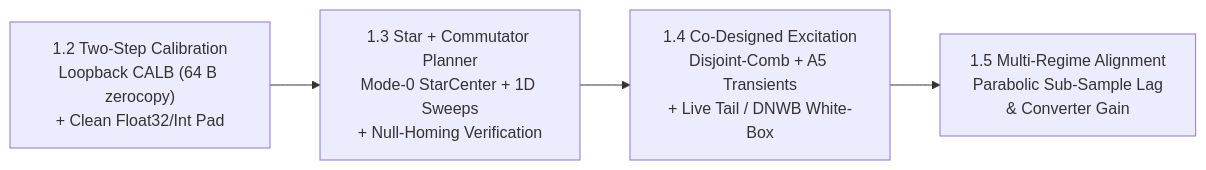
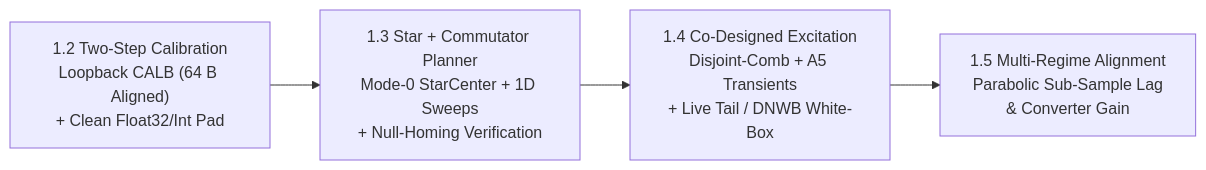
One commit to mokugen/dnam changed the diagram in docs/specs/training/capture_and_alignment.md. Above: the diagram before and after it, drawn with Mermaid. The commit also changed other lines of this file and 198 other files, not shown here.

````diff
--- a/docs/specs/training/capture_and_alignment.md
+++ b/docs/specs/training/capture_and_alignment.md
@@ -31,6 +31,6 @@
 ```mermaid
 flowchart LR
-    Calib["1.2 Two-Step Calibration<br/>Loopback CALB (64 B zerocopy)<br/>+ Clean Float32/Int Pad"] --> Plan["1.3 Star + Commutator Planner<br/>Mode-0 StarCenter + 1D Sweeps<br/>+ Null-Homing Verification"]
+    Calib["1.2 Two-Step Calibration<br/>Loopback CALB (64 B Aligned)<br/>+ Clean Float32/Int Pad"] --> Plan["1.3 Star + Commutator Planner<br/>Mode-0 StarCenter + 1D Sweeps<br/>+ Null-Homing Verification"]
     Plan --> Excite["1.4 Co-Designed Excitation<br/>Disjoint-Comb + A5 Transients<br/>+ Live Tail / DNWB White-Box"]
     Excite --> Align["1.5 Multi-Regime Alignment<br/>Parabolic Sub-Sample Lag<br/>& Converter Gain"]
 ```
````
